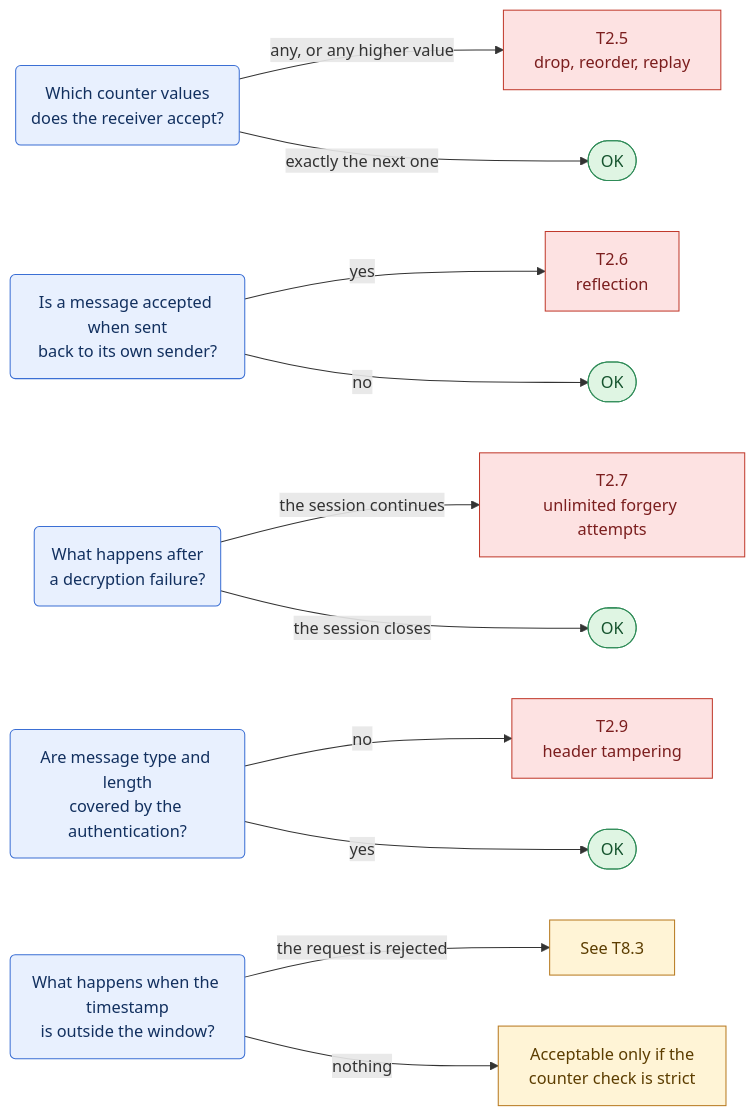
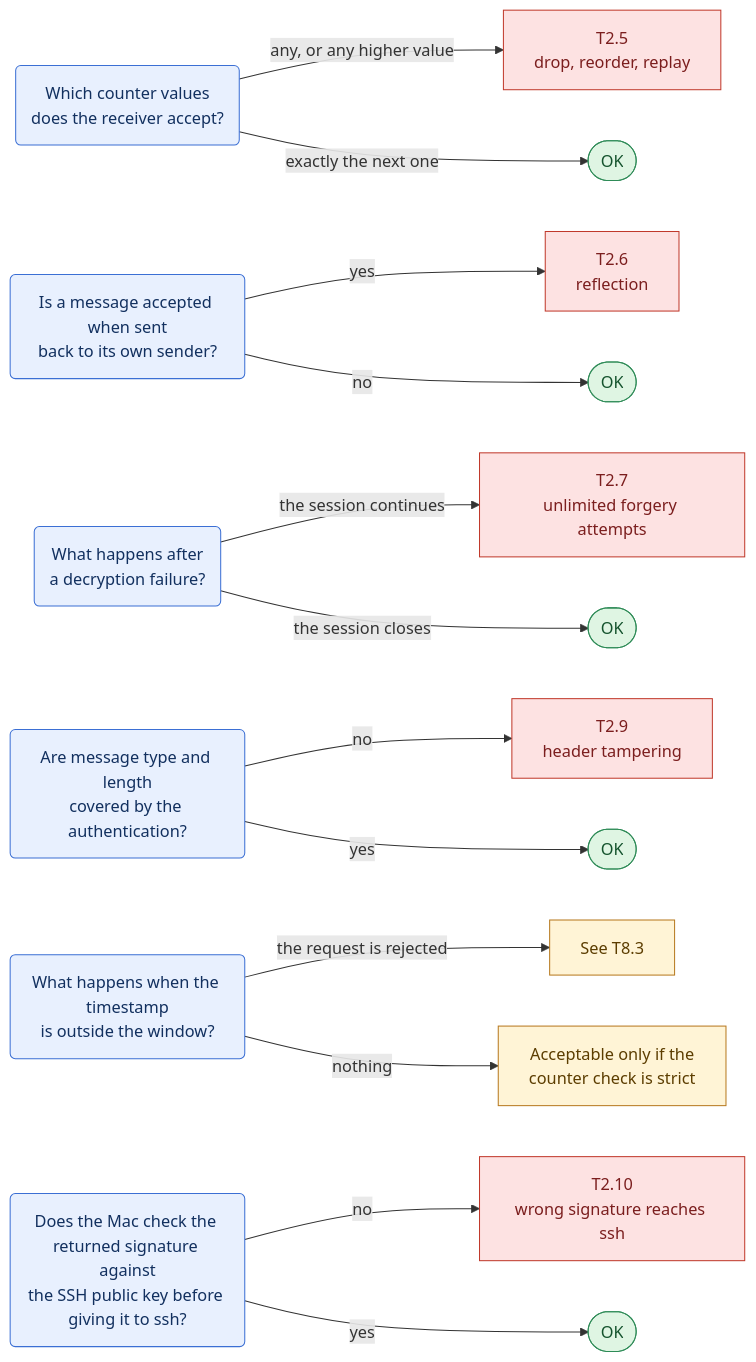
The fifth of 17 diagrams in docs/red-team/README.md (Samylay/sentry-key), drawn with Mermaid before and after one commit. The commit also changed other lines of this file and 1 other file, not shown here.

````diff
--- a/docs/red-team/README.md
+++ b/docs/red-team/README.md
@@ -293,22 +305,25 @@
 ```mermaid
 flowchart LR
   classDef q fill:#e8f0fe,stroke:#3b6fd4,color:#12305f
   classDef atk fill:#fde2e2,stroke:#c0392b,color:#7b1e1e
   classDef ok fill:#dff5e3,stroke:#2e8b57,color:#14532d
   classDef note fill:#fff4d6,stroke:#b7791f,color:#5c3d00
   q6("Which counter values<br/>does the receiver accept?"):::q
   q7("Is a message accepted when sent<br/>back to its own sender?"):::q
   q8("What happens after<br/>a decryption failure?"):::q
   q9("Are message type and length<br/>covered by the authentication?"):::q
   q10("What happens when the timestamp<br/>is outside the window?"):::q
+  q11("Does the Mac check the returned signature against<br/>the SSH public key before giving it to ssh?"):::q
   q6 -->|"any, or any higher value"| a5["T2.5<br/>drop, reorder, replay"]:::atk
   q6 -->|"exactly the next one"| ok6(["OK"]):::ok
   q7 -->|"yes"| a6["T2.6<br/>reflection"]:::atk
   q7 -->|"no"| ok7(["OK"]):::ok
   q8 -->|"the session continues"| a7["T2.7<br/>unlimited forgery attempts"]:::atk
   q8 -->|"the session closes"| ok8(["OK"]):::ok
   q9 -->|"no"| a9["T2.9<br/>header tampering"]:::atk
   q9 -->|"yes"| ok9(["OK"]):::ok
   q10 -->|"the request is rejected"| n1["See T8.3"]:::note
   q10 -->|"nothing"| n2["Acceptable only if the<br/>counter check is strict"]:::note
+  q11 -->|"no"| a10["T2.10<br/>wrong signature reaches ssh"]:::atk
+  q11 -->|"yes"| ok10(["OK"]):::ok
 ```
````
